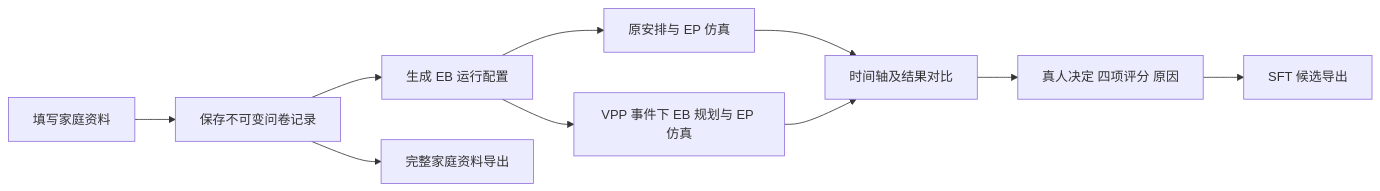
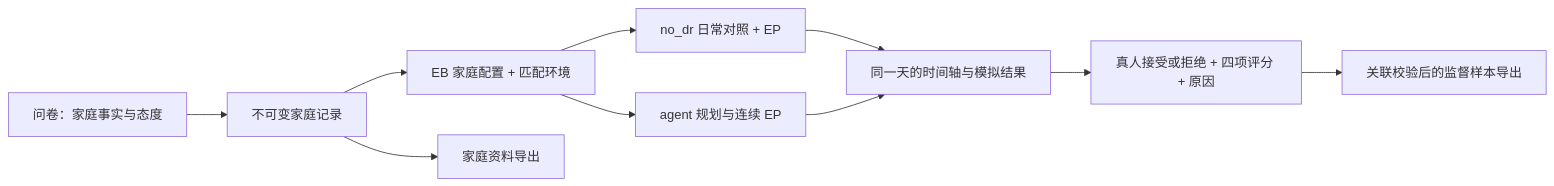
The diagram in README.md (Fanmili-5/energybridge-household-survey), drawn with Mermaid before and after one commit. The commit also changed other lines of this file and 122 other files, not shown here.

````diff
--- a/README.md
+++ b/README.md
@@ -9,12 +7,12 @@
 ```mermaid
 flowchart LR
-    A[填写家庭资料] --> B[保存不可变问卷记录]
-    B --> C[生成 EB 运行配置]
-    C --> D[原安排与 EP 仿真]
-    C --> E[VPP 事件下 EB 规划与 EP 仿真]
-    D --> F[时间轴及结果对比]
+    A[问卷：家庭事实与态度] --> B[不可变家庭记录]
+    B --> C[EB 家庭配置 + 匹配环境]
+    C --> D[no_dr 日常对照 + EP]
+    C --> E[agent 规划与连续 EP]
+    D --> F[同一天的时间轴与模拟结果]
     E --> F
-    F --> G[真人决定 四项评分 原因]
-    G --> H[SFT 候选导出]
-    B --> I[完整家庭资料导出]
+    F --> G[真人接受或拒绝 + 四项评分 + 原因]
+    B --> H[家庭资料导出]
+    G --> I[关联校验后的监督样本导出]
 ```
````
